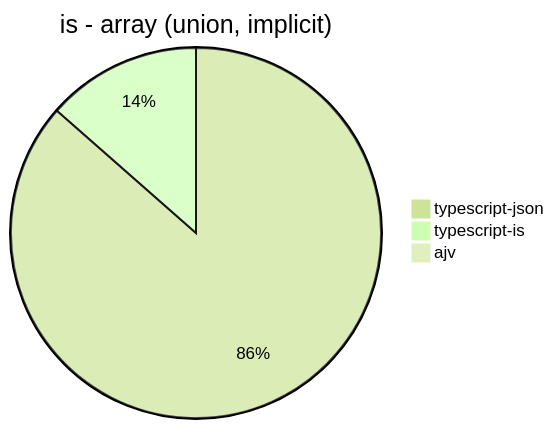
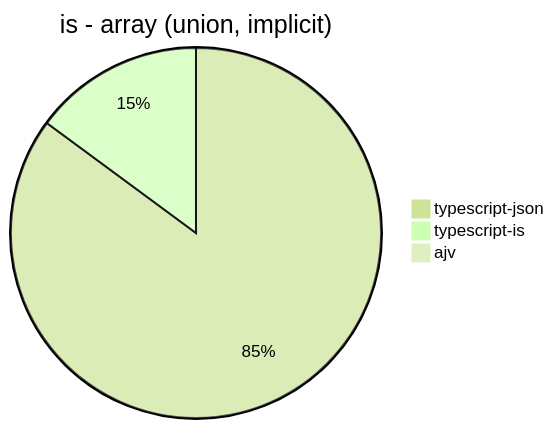
Before and after one commit to samchon/typia: diagram 13 of 30 in benchmark/results/Apple M1.md, drawn with Mermaid (forest theme). The commit also changed other lines of this file, not shown here.

````diff
--- a/benchmark/results/Apple M1.md
+++ b/benchmark/results/Apple M1.md
@@ -124,6 +125,6 @@
 ```mermaid
 pie title is - array (union, implicit)
-  "typescript-json": 8551.9863143889
-  "typescript-is": 1337.1094463731044
+  "typescript-json": 7444.774457026175
+  "typescript-is": 1302.1400072542617
   "ajv": 0
 ```
````
